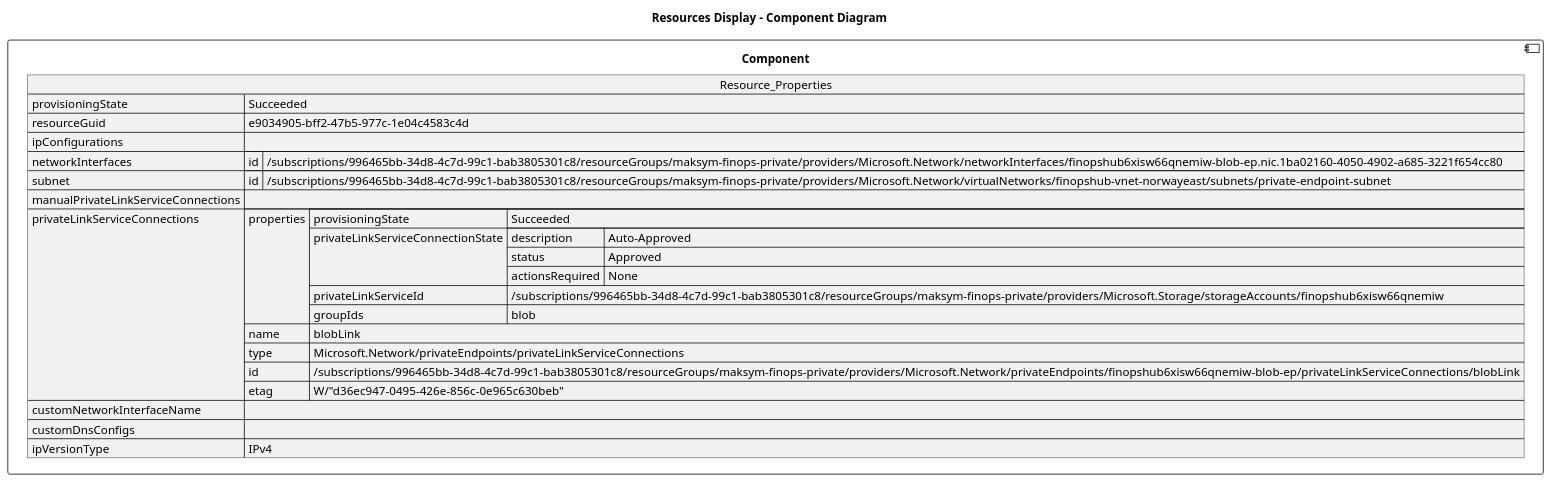
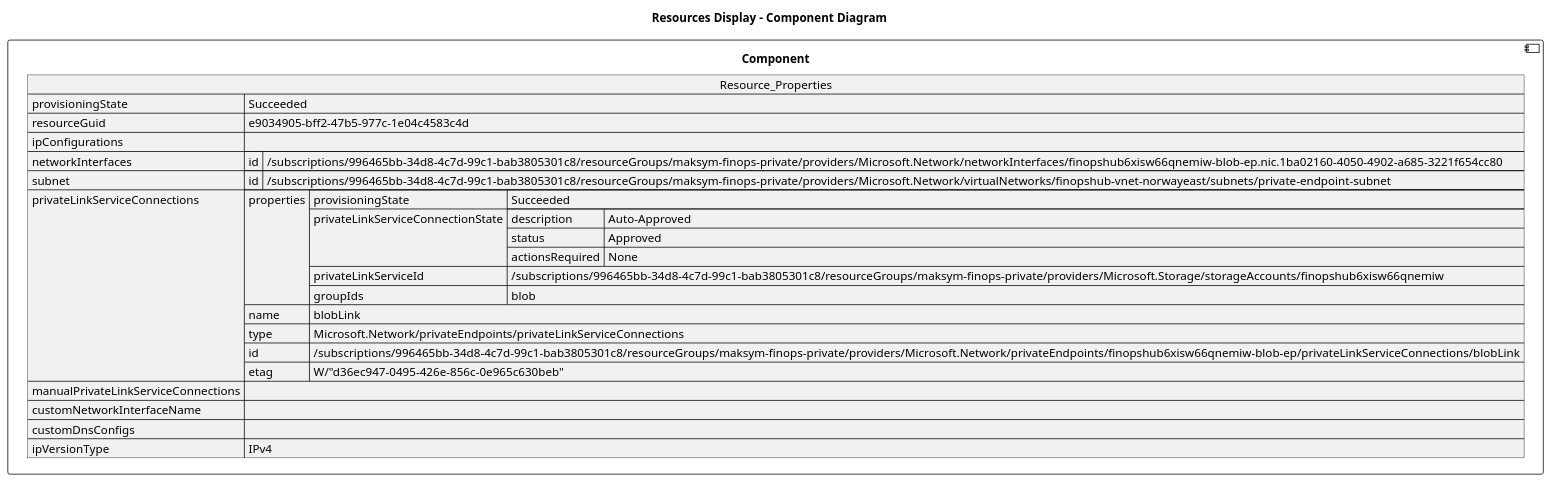
The diagram in architectureDesign/PUML/maksym-finops-private_Resources/finopshub6xisw66qnemiw_blob_ep.puml (DanielAmpong/Test-Azure-architecture-diagram), drawn with PlantUML before and after one commit. The commit also changed other lines of this file and 338 other files, not shown here.

```diff
--- a/architectureDesign/PUML/maksym-finops-private_Resources/finopshub6xisw66qnemiw_blob_ep.puml
+++ b/architectureDesign/PUML/maksym-finops-private_Resources/finopshub6xisw66qnemiw_blob_ep.puml
@@ -1,45 +1,45 @@
 @startuml
 
 title Resources Display - Component Diagram
 
 component Component {
 
 json  Resource_Properties {
   "provisioningState": "Succeeded",
   "resourceGuid": "e9034905-bff2-47b5-977c-1e04c4583c4d",
   "ipConfigurations": [],
   "networkInterfaces": [
     {
       "id": "/subscriptions/996465bb-34d8-4c7d-99c1-bab3805301c8/resourceGroups/maksym-finops-private/providers/Microsoft.Network/networkInterfaces/finopshub6xisw66qnemiw-blob-ep.nic.1ba02160-4050-4902-a685-3221f654cc80"
     }
   ],
   "subnet": {
     "id": "/subscriptions/996465bb-34d8-4c7d-99c1-bab3805301c8/resourceGroups/maksym-finops-private/providers/Microsoft.Network/virtualNetworks/finopshub-vnet-norwayeast/subnets/private-endpoint-subnet"
   },
-  "manualPrivateLinkServiceConnections": [],
   "privateLinkServiceConnections": [
     {
       "properties": {
         "provisioningState": "Succeeded",
         "privateLinkServiceConnectionState": {
           "description": "Auto-Approved",
           "status": "Approved",
           "actionsRequired": "None"
         },
         "privateLinkServiceId": "/subscriptions/996465bb-34d8-4c7d-99c1-bab3805301c8/resourceGroups/maksym-finops-private/providers/Microsoft.Storage/storageAccounts/finopshub6xisw66qnemiw",
         "groupIds": [
           "blob"
         ]
       },
       "name": "blobLink",
       "type": "Microsoft.Network/privateEndpoints/privateLinkServiceConnections",
       "id": "/subscriptions/996465bb-34d8-4c7d-99c1-bab3805301c8/resourceGroups/maksym-finops-private/providers/Microsoft.Network/privateEndpoints/finopshub6xisw66qnemiw-blob-ep/privateLinkServiceConnections/blobLink",
       "etag": "W/\"d36ec947-0495-426e-856c-0e965c630beb\""
     }
   ],
+  "manualPrivateLinkServiceConnections": [],
   "customNetworkInterfaceName": "",
   "customDnsConfigs": [],
   "ipVersionType": "IPv4"
 }
 }
 @enduml
```
